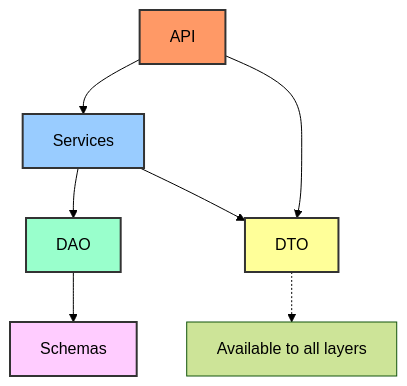
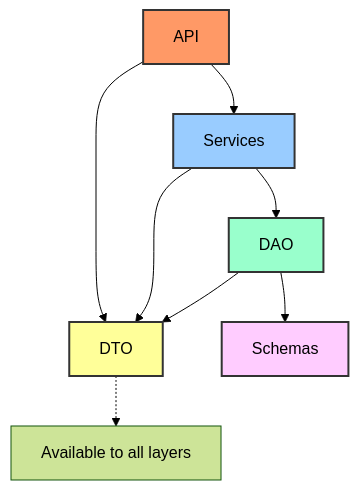
Before and after one commit to ALEX-TEMPLATES/fast-api-naive-orm: the diagram in README.md, drawn with Mermaid (forest theme).

Commit message:
docs: add initial project README with setup instructions and overview

````diff
--- a/README.md
+++ b/README.md
@@ -9,21 +9,22 @@
 ```mermaid
 graph TD
     A[API] --> S[Services]
     A --> DTO[DTO]
     S --> D[DAO]
     S --> DTO
     D --> SC[Schemas]
+    D --> DTO
     DTO -.-> ALL[Available to all layers]
 
     classDef api fill:#f96,stroke:#333,stroke-width:2px;
     classDef srv fill:#9cf,stroke:#333,stroke-width:2px;
     classDef dao fill:#9fc,stroke:#333,stroke-width:2px;
     classDef schema fill:#fcf,stroke:#333,stroke-width:2px;
     classDef dto fill:#ff9,stroke:#333,stroke-width:2px;
     
     class A api;
     class S srv;
     class D dao;
     class SC schema;
     class DTO dto;
 ```
````
